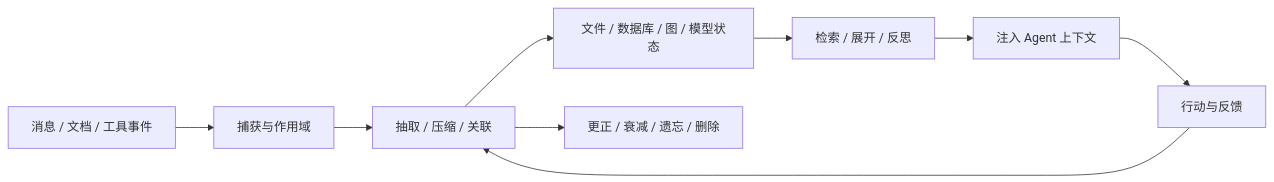
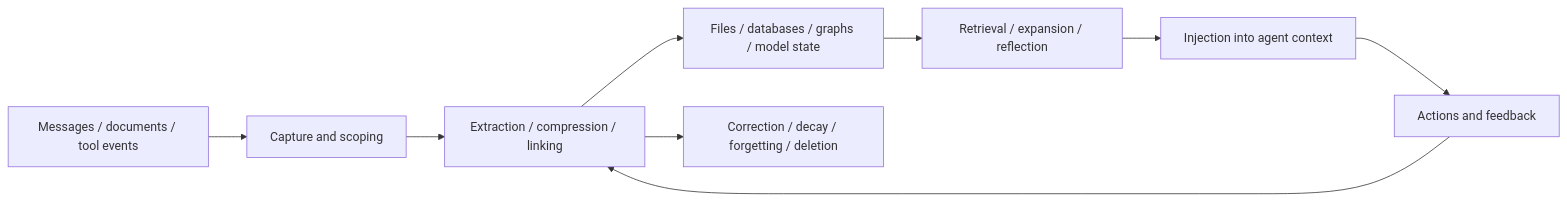
The diagram in README.md (ZanePoe/awesome_agent_memory), drawn with Mermaid before and after one commit. The commit also changed other lines of this file and 54 other files, not shown here.

````diff
--- a/README.md
+++ b/README.md
@@ -11,11 +11,11 @@
 ```mermaid
 flowchart LR
-    A[消息 / 文档 / 工具事件] --> B[捕获与作用域]
-    B --> C[抽取 / 压缩 / 关联]
-    C --> D[文件 / 数据库 / 图 / 模型状态]
-    D --> E[检索 / 展开 / 反思]
-    E --> F[注入 Agent 上下文]
-    F --> G[行动与反馈]
+    A[Messages / documents / tool events] --> B[Capture and scoping]
+    B --> C[Extraction / compression / linking]
+    C --> D[Files / databases / graphs / model state]
+    D --> E[Retrieval / expansion / reflection]
+    E --> F[Injection into agent context]
+    F --> G[Actions and feedback]
     G --> C
-    C --> H[更正 / 衰减 / 遗忘 / 删除]
+    C --> H[Correction / decay / forgetting / deletion]
 ```
````
